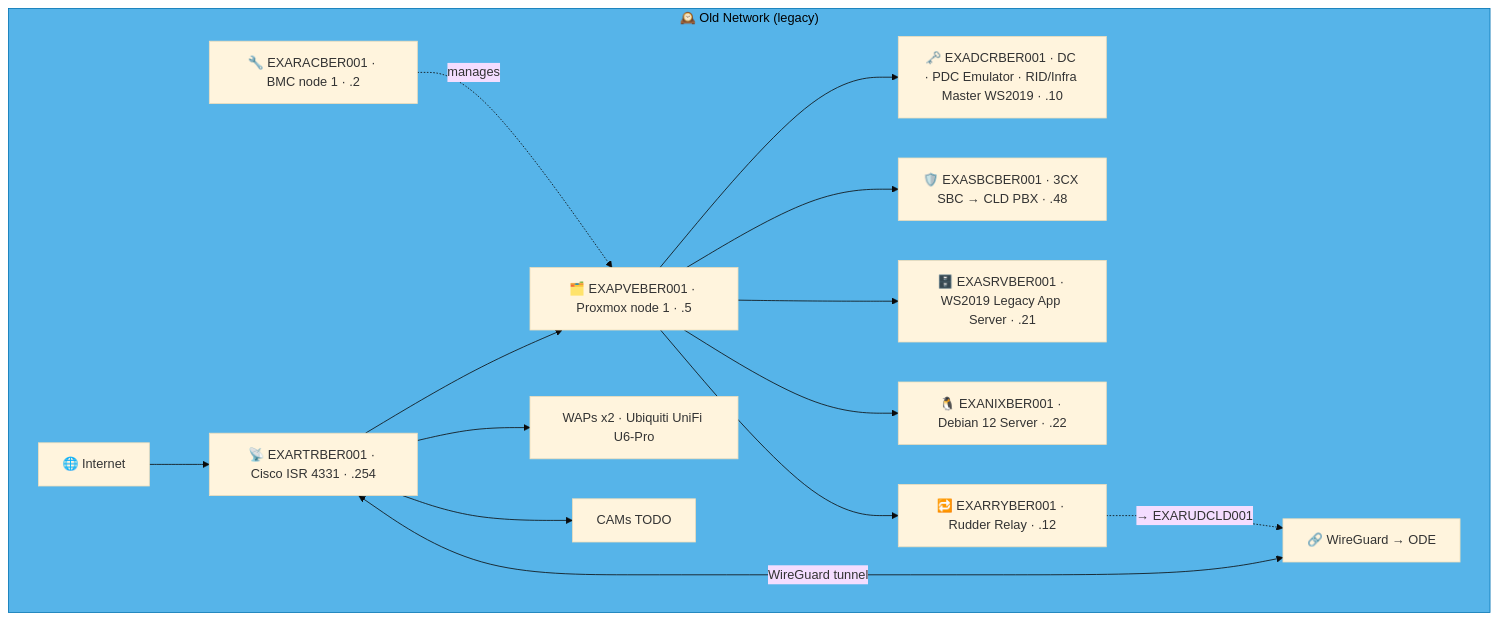
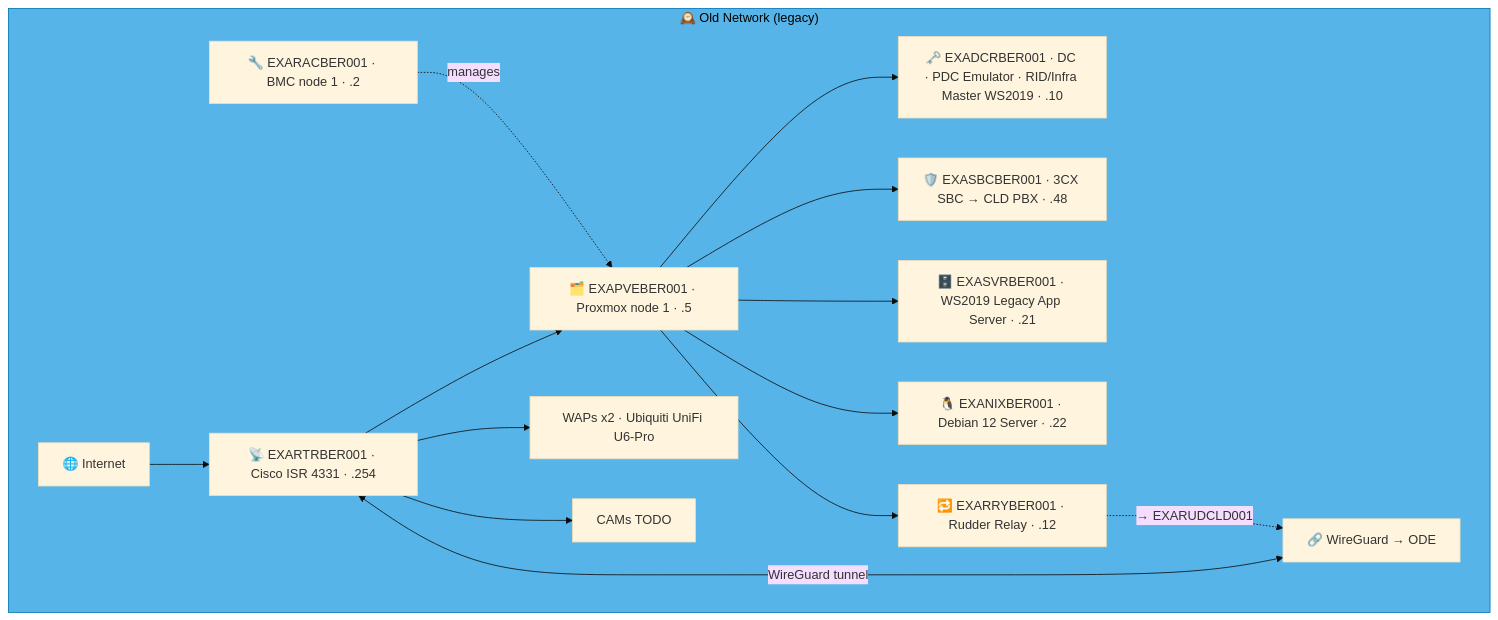
Before and after one commit to knightmare2600/example_music_infra: the fifth of 13 diagrams in docs/network-diagram/deutschland.md, drawn with Mermaid (base theme). The commit also changed other lines of this file and 44 other files, not shown here.

````diff
--- a/docs/network-diagram/deutschland.md
+++ b/docs/network-diagram/deutschland.md
@@ -200,26 +200,26 @@
 ```mermaid
 graph TD
     subgraph OLD_BER ["🕰️ Old Network (legacy)"]
       INET["🌐 Internet"]
       RTR["📡 EXARTRBER001 · Cisco ISR 4331 · .254"]
       RAC["🔧 EXARACBER001 · BMC node 1 · .2"]
       PVE["🗂️ EXAPVEBER001 · Proxmox node 1 · .5"]
       DC["🗝️ EXADCRBER001 · DC · PDC Emulator · RID/Infra Master WS2019 · .10"]
       SBC["🛡️ EXASBCBER001 · 3CX SBC → CLD PBX · .48"]
       RRY["🔁 EXARRYBER001 · Rudder Relay · .12"]
-      SRV["🗄️ EXASRVBER001 · WS2019 Legacy App Server · .21"]
+      SRV["🗄️ EXASVRBER001 · WS2019 Legacy App Server · .21"]
       NIX["🐧 EXANIXBER001 · Debian 12 Server · .22"]
       WAP["WAPs x2 · Ubiquiti UniFi U6-Pro"]
       CAM["CAMs TODO"]
       VPN["🔗 WireGuard → ODE"]
 
       INET --> RTR --> PVE --> DC & SBC & SRV & NIX
       RAC -.->|"manages"| PVE
       RTR --> WAP & CAM
       RTR <-->|"WireGuard tunnel"| VPN
 
       PVE --> RRY
       RRY -. "→ EXARUDCLD001" .-> VPN
     end
     style OLD_BER fill:#56B4E9,stroke:#0072B2,color:#000000
 ```
````
